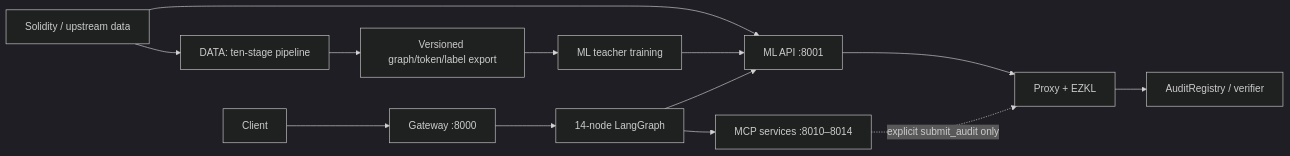
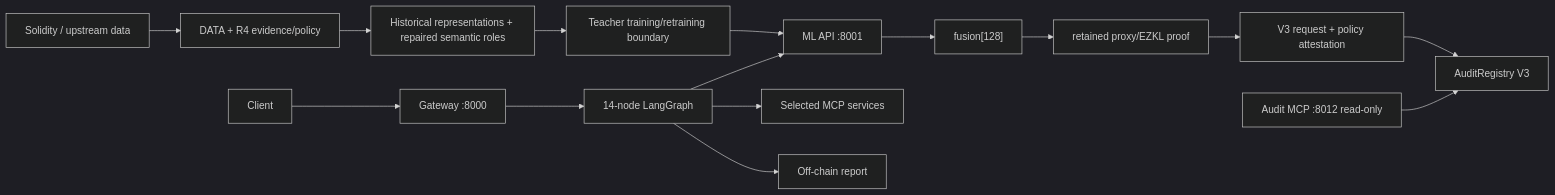
The diagram in docs/handbook/01_architecture.md (motafegh/sentinel-), drawn with Mermaid (dark theme) before and after one commit. The commit also changed other lines of this file, not shown here.

Commit message:
docs(handbook): reconcile current architecture with R4 and V3

````diff
--- a/docs/handbook/01_architecture.md
+++ b/docs/handbook/01_architecture.md
@@ -15,15 +15,19 @@
 ```mermaid
 flowchart LR
-  U["Solidity / upstream data"] --> D["DATA: ten-stage pipeline"]
-  D --> A["Versioned graph/token/label export"]
-  A --> M["ML teacher training"]
-  U --> API["ML API :8001"]
-  M --> API
+  U["Solidity / upstream data"] --> D["DATA + R4 evidence/policy"]
+  D --> A["Historical representations + repaired semantic roles"]
+  A --> M["Teacher training/retraining boundary"]
+  M --> API["ML API :8001"]
   C["Client"] --> G["Gateway :8000"]
   G --> L["14-node LangGraph"]
   L --> API
-  L --> S["MCP services :8010–8014"]
-  API --> Z["Proxy + EZKL"]
-  Z --> R["AuditRegistry / verifier"]
-  S -. "explicit submit_audit only" .-> Z
+  L --> S["Selected MCP services"]
+  L --> REP["Off-chain report"]
+
+  API --> F["fusion[128]"]
+  F --> Z["retained proxy/EZKL proof"]
+  Z --> V3["V3 request + policy attestation"]
+  V3 --> R["AuditRegistry V3"]
+
+  RO["Audit MCP :8012 read-only"] --> R
 ```
````
